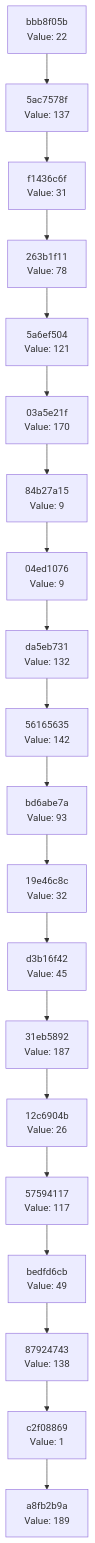
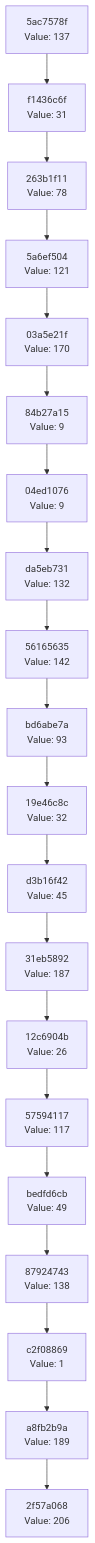
The diagram in docs/CHAIN_VISUALIZATION.md (Abhisheksinha1506/hash-chain-evolver), drawn with Mermaid before and after one commit. The commit also changed 3 other files, not shown here.

````diff
--- a/docs/CHAIN_VISUALIZATION.md
+++ b/docs/CHAIN_VISUALIZATION.md
@@ -3,42 +3,42 @@
 ```mermaid
 graph TD
-    C0["a8fb2b9a<br/>Value: 189"]
-    C1["c2f08869<br/>Value: 1"]
+    C0["2f57a068<br/>Value: 206"]
+    C1["a8fb2b9a<br/>Value: 189"]
     C1 --> C0
-    C2["87924743<br/>Value: 138"]
+    C2["c2f08869<br/>Value: 1"]
     C2 --> C1
-    C3["bedfd6cb<br/>Value: 49"]
+    C3["87924743<br/>Value: 138"]
     C3 --> C2
-    C4["57594117<br/>Value: 117"]
+    C4["bedfd6cb<br/>Value: 49"]
     C4 --> C3
-    C5["12c6904b<br/>Value: 26"]
+    C5["57594117<br/>Value: 117"]
     C5 --> C4
-    C6["31eb5892<br/>Value: 187"]
+    C6["12c6904b<br/>Value: 26"]
     C6 --> C5
-    C7["d3b16f42<br/>Value: 45"]
+    C7["31eb5892<br/>Value: 187"]
     C7 --> C6
-    C8["19e46c8c<br/>Value: 32"]
+    C8["d3b16f42<br/>Value: 45"]
     C8 --> C7
-    C9["bd6abe7a<br/>Value: 93"]
+    C9["19e46c8c<br/>Value: 32"]
     C9 --> C8
-    C10["56165635<br/>Value: 142"]
+    C10["bd6abe7a<br/>Value: 93"]
     C10 --> C9
-    C11["da5eb731<br/>Value: 132"]
+    C11["56165635<br/>Value: 142"]
     C11 --> C10
-    C12["04ed1076<br/>Value: 9"]
+    C12["da5eb731<br/>Value: 132"]
     C12 --> C11
-    C13["84b27a15<br/>Value: 9"]
+    C13["04ed1076<br/>Value: 9"]
     C13 --> C12
-    C14["03a5e21f<br/>Value: 170"]
+    C14["84b27a15<br/>Value: 9"]
     C14 --> C13
-    C15["5a6ef504<br/>Value: 121"]
+    C15["03a5e21f<br/>Value: 170"]
     C15 --> C14
-    C16["263b1f11<br/>Value: 78"]
+    C16["5a6ef504<br/>Value: 121"]
     C16 --> C15
-    C17["f1436c6f<br/>Value: 31"]
+    C17["263b1f11<br/>Value: 78"]
     C17 --> C16
-    C18["5ac7578f<br/>Value: 137"]
+    C18["f1436c6f<br/>Value: 31"]
     C18 --> C17
-    C19["bbb8f05b<br/>Value: 22"]
+    C19["5ac7578f<br/>Value: 137"]
     C19 --> C18
 ```
````
